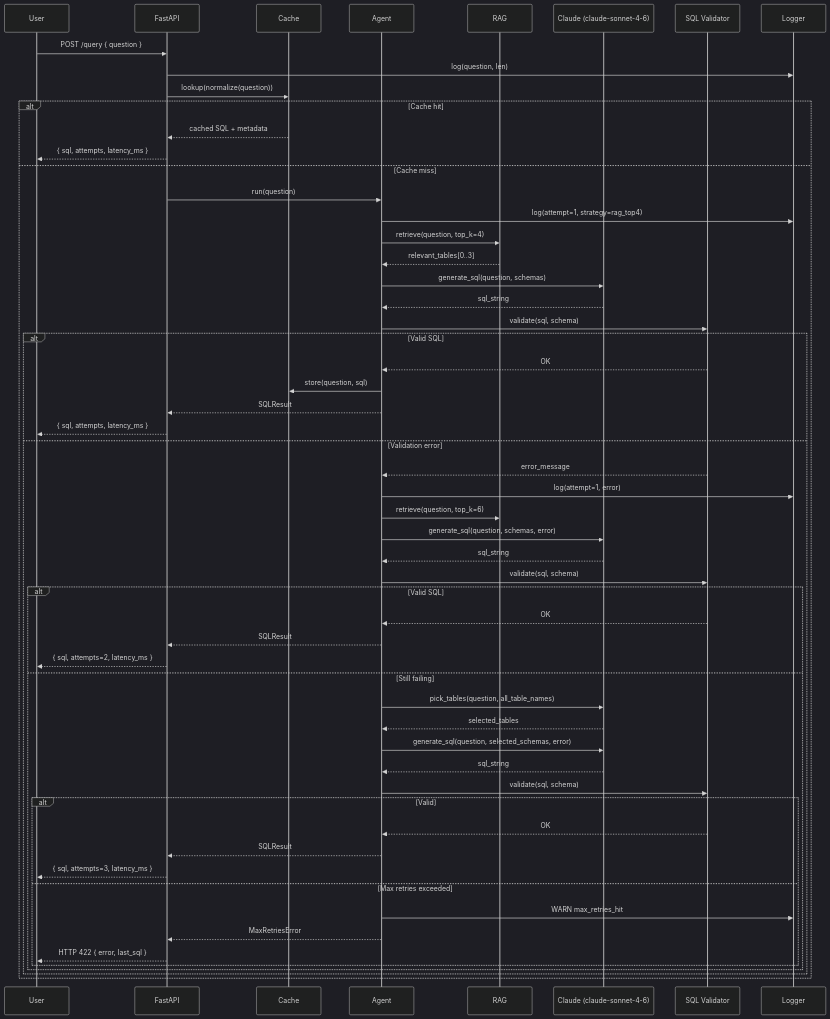
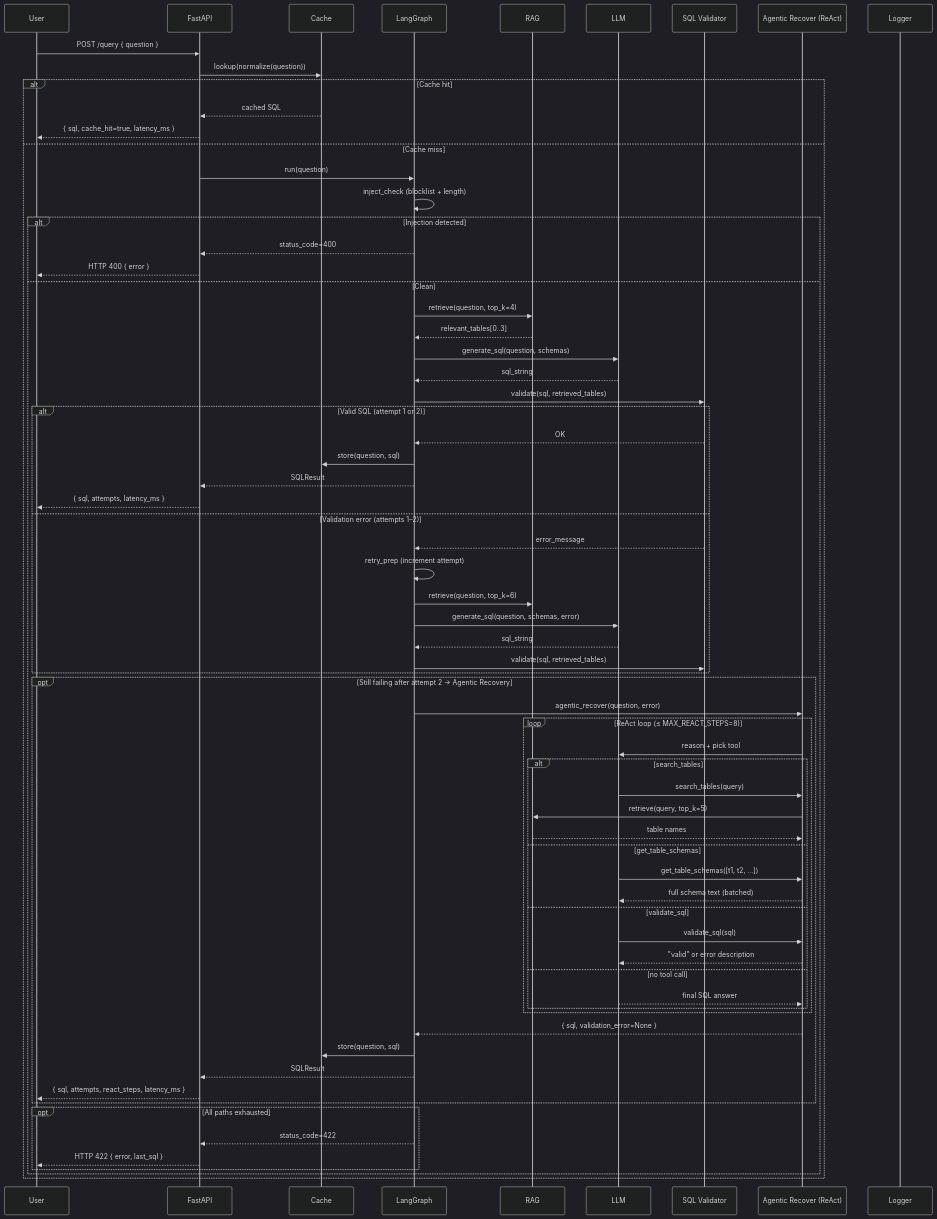
The third of 6 diagrams in design.md (pvtr-malli/SQL_Agent), drawn with Mermaid (dark theme) before and after one commit. The commit also changed other lines of this file and 2 other files, not shown here.

Commit message:
The agentic re-try is added

````diff
--- a/design.md
+++ b/design.md
@@ -57,62 +68,72 @@
 ```mermaid
 sequenceDiagram
     participant User
     participant API as FastAPI
     participant Cache
-    participant Agent
+    participant Graph as LangGraph
     participant RAG
-    participant LLM as Claude (claude-sonnet-4-6)
+    participant LLM as LLM
     participant Val as SQL Validator
+    participant React as Agentic Recover (ReAct)
     participant Log as Logger
 
     User->>API: POST /query { question }
-    API->>Log: log(question, len)
     API->>Cache: lookup(normalize(question))
     alt Cache hit
-        Cache-->>API: cached SQL + metadata
-        API-->>User: { sql, attempts, latency_ms }
+        Cache-->>API: cached SQL
+        API-->>User: { sql, cache_hit=true, latency_ms }
     else Cache miss
-        API->>Agent: run(question)
-        Agent->>Log: log(attempt=1, strategy=rag_top4)
-        Agent->>RAG: retrieve(question, top_k=4)
-        RAG-->>Agent: relevant_tables[0..3]
-        Agent->>LLM: generate_sql(question, schemas)
-        LLM-->>Agent: sql_string
-
-        Agent->>Val: validate(sql, schema)
-        alt Valid SQL
-            Val-->>Agent: OK
-            Agent->>Cache: store(question, sql)
-            Agent-->>API: SQLResult
-            API-->>User: { sql, attempts, latency_ms }
-        else Validation error
-            Val-->>Agent: error_message
-            Agent->>Log: log(attempt=1, error)
-
-            Agent->>RAG: retrieve(question, top_k=6)
-            Agent->>LLM: generate_sql(question, schemas, error)
-            LLM-->>Agent: sql_string
-            Agent->>Val: validate(sql, schema)
-            alt Valid SQL
-                Val-->>Agent: OK
-                Agent-->>API: SQLResult
-                API-->>User: { sql, attempts=2, latency_ms }
-            else Still failing
-                Agent->>LLM: pick_tables(question, all_table_names)
-                LLM-->>Agent: selected_tables
-                Agent->>LLM: generate_sql(question, selected_schemas, error)
-                LLM-->>Agent: sql_string
-                Agent->>Val: validate(sql, schema)
-                alt Valid
-                    Val-->>Agent: OK
-                    Agent-->>API: SQLResult
-                    API-->>User: { sql, attempts=3, latency_ms }
-                else Max retries exceeded
-                    Agent->>Log: WARN max_retries_hit
-                    Agent-->>API: MaxRetriesError
-                    API-->>User: HTTP 422 { error, last_sql }
+        API->>Graph: run(question)
+        Graph->>Graph: inject_check (blocklist + length)
+        alt Injection detected
+            Graph-->>API: status_code=400
+            API-->>User: HTTP 400 { error }
+        else Clean
+            Graph->>RAG: retrieve(question, top_k=4)
+            RAG-->>Graph: relevant_tables[0..3]
+            Graph->>LLM: generate_sql(question, schemas)
+            LLM-->>Graph: sql_string
+            Graph->>Val: validate(sql, retrieved_tables)
+            alt Valid SQL (attempt 1 or 2)
+                Val-->>Graph: OK
+                Graph->>Cache: store(question, sql)
+                Graph-->>API: SQLResult
+                API-->>User: { sql, attempts, latency_ms }
+            else Validation error (attempts 1–2)
+                Val-->>Graph: error_message
+                Graph->>Graph: retry_prep (increment attempt)
+                Graph->>RAG: retrieve(question, top_k=6)
+                Graph->>LLM: generate_sql(question, schemas, error)
+                LLM-->>Graph: sql_string
+                Graph->>Val: validate(sql, retrieved_tables)
+            end
+            opt Still failing after attempt 2 → Agentic Recovery
+                Graph->>React: agentic_recover(question, error)
+                loop ReAct loop (≤ MAX_REACT_STEPS=8)
+                    React->>LLM: reason + pick tool
+                    alt search_tables
+                        LLM->>React: search_tables(query)
+                        React->>RAG: retrieve(query, top_k=5)
+                        RAG-->>React: table names
+                    else get_table_schemas
+                        LLM->>React: get_table_schemas([t1, t2, ...])
+                        React-->>LLM: full schema text (batched)
+                    else validate_sql
+                        LLM->>React: validate_sql(sql)
+                        React-->>LLM: "valid" or error description
+                    else no tool call
+                        LLM-->>React: final SQL answer
+                    end
                 end
+                React-->>Graph: { sql, validation_error=None }
+                Graph->>Cache: store(question, sql)
+                Graph-->>API: SQLResult
+                API-->>User: { sql, attempts, react_steps, latency_ms }
+            end
+            opt All paths exhausted
+                Graph-->>API: status_code=422
+                API-->>User: HTTP 422 { error, last_sql }
             end
         end
     end
 ```
````
